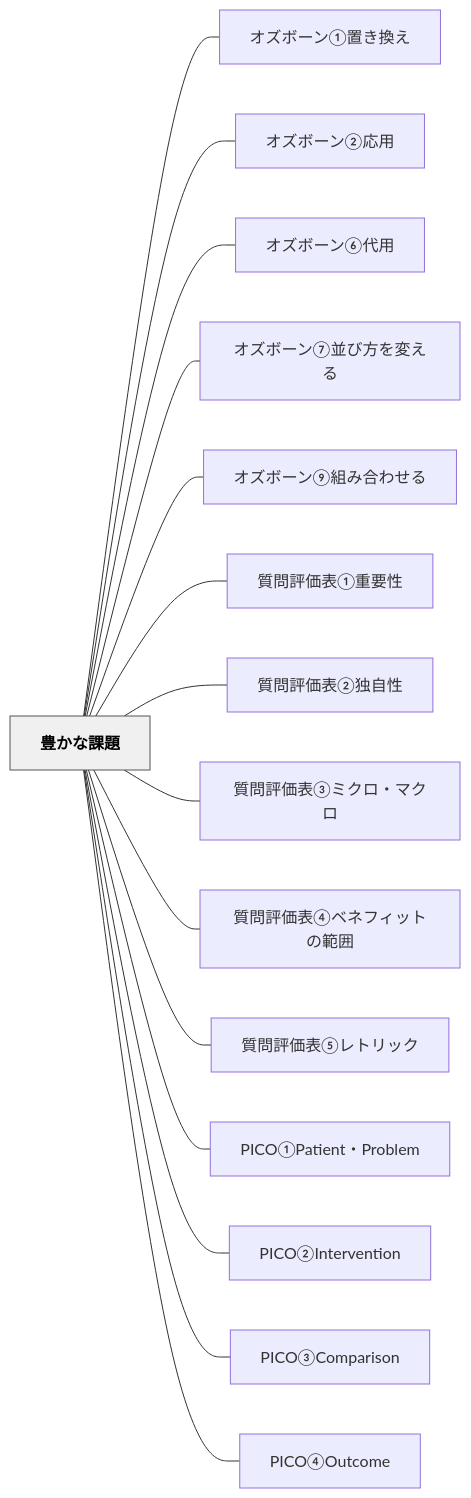
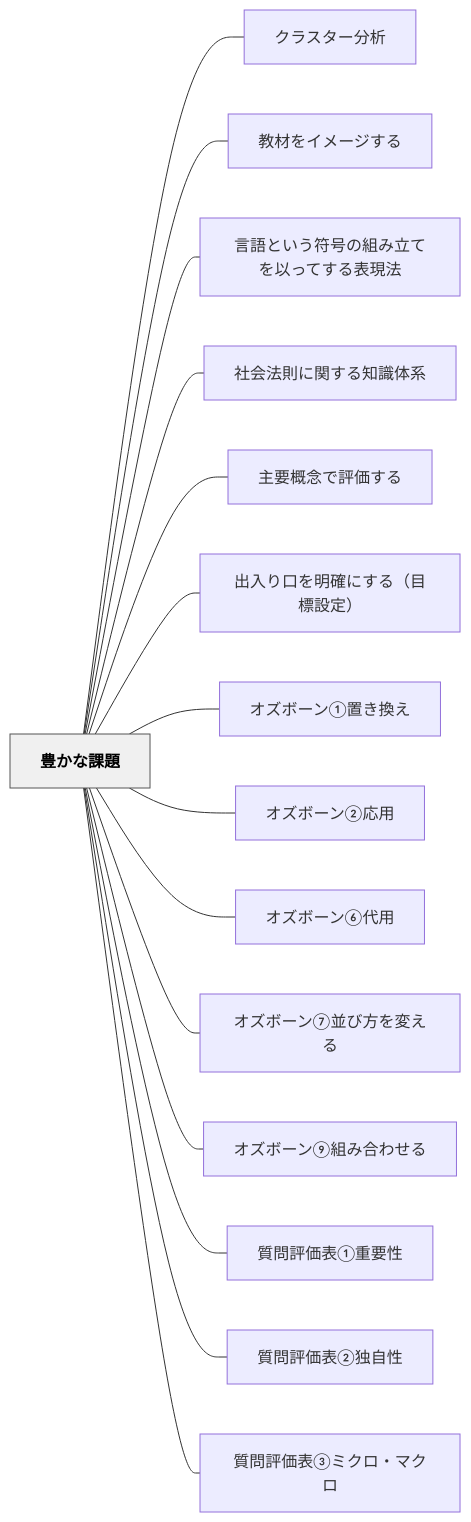
Before and after one commit to unknownthings-ed-patterns/unknownthings-ed-patterns: the diagram in content/パタン/豊かな課題.md, drawn with Mermaid. The commit also changed other lines of this file and 36 other files, not shown here.

````diff
--- a/content/パタン/豊かな課題.md
+++ b/content/パタン/豊かな課題.md
@@ -131,36 +137,36 @@
 ```mermaid
 flowchart LR
     ne8b18ae3818be381aae8aab2e9a18c["豊かな課題"]
+    ne382afe383a9e382b9e382bfe383bce58886e69e90["クラスター分析"]
+    ne69599e69d90e38292e382a4e383a1e383bce382b8e38199e3828b["教材をイメージする"]
+    ne8a880e8aa9ee381a8e38184e38186e7aca6e58fb7e381aee7b584e381bfe7ab8be381a6e38292e4bba5e381a3e381a6e38199e3828be8a1a8e78fbee6b395["言語という符号の組み立てを以ってする表現法"]
+    ne7a4bee4bc9ae6b395e58987e381abe996a2e38199e3828be79fa5e8ad98e4bd93e7b3bb["社会法則に関する知識体系"]
+    ne4b8bbe8a681e6a682e5bfb5e381a7e8a995e4bea1e38199e3828b["主要概念で評価する"]
+    ne587bae585a5e3828ae58fa3e38292e6988ee7a2bae381abe38199e3828befbc88e79baee6a899e8a8ade5ae9aefbc89["出入り口を明確にする（目標設定）"]
     ne382aae382bae3839ce383bce383b3e291a0e7bdaee3818de68f9be38188["オズボーン①置き換え"]
     ne382aae382bae3839ce383bce383b3e291a1e5bf9ce794a8["オズボーン②応用"]
     ne382aae382bae3839ce383bce383b3e291a5e4bba3e794a8["オズボーン⑥代用"]
     ne382aae382bae3839ce383bce383b3e291a6e4b8a6e381b3e696b9e38292e5a489e38188e3828b["オズボーン⑦並び方を変える"]
     ne382aae382bae3839ce383bce383b3e291a8e7b584e381bfe59088e3828fe3819be3828b["オズボーン⑨組み合わせる"]
     ne8b3aae5958fe8a995e4bea1e8a1a8e291a0e9878de8a681e680a7["質問評価表①重要性"]
     ne8b3aae5958fe8a995e4bea1e8a1a8e291a1e78bace887aae680a7["質問評価表②独自性"]
     ne8b3aae5958fe8a995e4bea1e8a1a8e291a2e3839fe382afe383ade383bbe3839ee382afe383ad["質問評価表③ミクロ・マクロ"]
-    ne8b3aae5958fe8a995e4bea1e8a1a8e291a3e38399e3838de38395e382a3e38383e38388e381aee7af84e59bb2["質問評価表④ベネフィットの範囲"]
-    ne8b3aae5958fe8a995e4bea1e8a1a8e291a4e383ace38388e383aae38383e382af["質問評価表⑤レトリック"]
-    n5049434fe291a050617469656e74e383bb50726f626c656d["PICO①Patient・Problem"]
-    n5049434fe291a1496e74657276656e74696f6e["PICO②Intervention"]
-    n5049434fe291a2436f6d70617269736f6e["PICO③Comparison"]
-    n5049434fe291a34f7574636f6d65["PICO④Outcome"]
 
+    ne8b18ae3818be381aae8aab2e9a18c --- ne382afe383a9e382b9e382bfe383bce58886e69e90
+    ne8b18ae3818be381aae8aab2e9a18c --- ne69599e69d90e38292e382a4e383a1e383bce382b8e38199e3828b
+    ne8b18ae3818be381aae8aab2e9a18c --- ne8a880e8aa9ee381a8e38184e38186e7aca6e58fb7e381aee7b584e381bfe7ab8be381a6e38292e4bba5e381a3e381a6e38199e3828be8a1a8e78fbee6b395
+    ne8b18ae3818be381aae8aab2e9a18c --- ne7a4bee4bc9ae6b395e58987e381abe996a2e38199e3828be79fa5e8ad98e4bd93e7b3bb
+    ne8b18ae3818be381aae8aab2e9a18c --- ne4b8bbe8a681e6a682e5bfb5e381a7e8a995e4bea1e38199e3828b
+    ne8b18ae3818be381aae8aab2e9a18c --- ne587bae585a5e3828ae58fa3e38292e6988ee7a2bae381abe38199e3828befbc88e79baee6a899e8a8ade5ae9aefbc89
     ne8b18ae3818be381aae8aab2e9a18c --- ne382aae382bae3839ce383bce383b3e291a0e7bdaee3818de68f9be38188
     ne8b18ae3818be381aae8aab2e9a18c --- ne382aae382bae3839ce383bce383b3e291a1e5bf9ce794a8
     ne8b18ae3818be381aae8aab2e9a18c --- ne382aae382bae3839ce383bce383b3e291a5e4bba3e794a8
     ne8b18ae3818be381aae8aab2e9a18c --- ne382aae382bae3839ce383bce383b3e291a6e4b8a6e381b3e696b9e38292e5a489e38188e3828b
     ne8b18ae3818be381aae8aab2e9a18c --- ne382aae382bae3839ce383bce383b3e291a8e7b584e381bfe59088e3828fe3819be3828b
     ne8b18ae3818be381aae8aab2e9a18c --- ne8b3aae5958fe8a995e4bea1e8a1a8e291a0e9878de8a681e680a7
     ne8b18ae3818be381aae8aab2e9a18c --- ne8b3aae5958fe8a995e4bea1e8a1a8e291a1e78bace887aae680a7
     ne8b18ae3818be381aae8aab2e9a18c --- ne8b3aae5958fe8a995e4bea1e8a1a8e291a2e3839fe382afe383ade383bbe3839ee382afe383ad
-    ne8b18ae3818be381aae8aab2e9a18c --- ne8b3aae5958fe8a995e4bea1e8a1a8e291a3e38399e3838de38395e382a3e38383e38388e381aee7af84e59bb2
-    ne8b18ae3818be381aae8aab2e9a18c --- ne8b3aae5958fe8a995e4bea1e8a1a8e291a4e383ace38388e383aae38383e382af
-    ne8b18ae3818be381aae8aab2e9a18c --- n5049434fe291a050617469656e74e383bb50726f626c656d
-    ne8b18ae3818be381aae8aab2e9a18c --- n5049434fe291a1496e74657276656e74696f6e
-    ne8b18ae3818be381aae8aab2e9a18c --- n5049434fe291a2436f6d70617269736f6e
-    ne8b18ae3818be381aae8aab2e9a18c --- n5049434fe291a34f7574636f6d65
 
     classDef hub fill:#f0f0f0,stroke:#555,color:#000,font-weight:bold
     class ne8b18ae3818be381aae8aab2e9a18c hub
 ```
````
